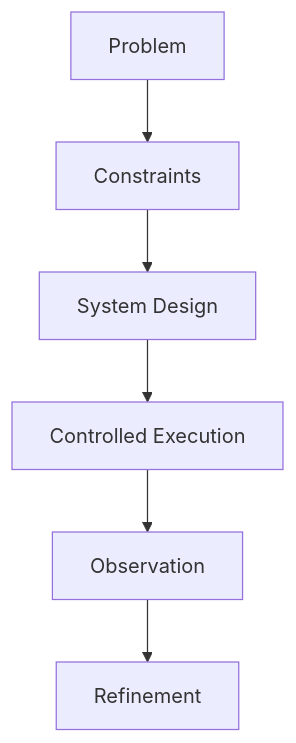
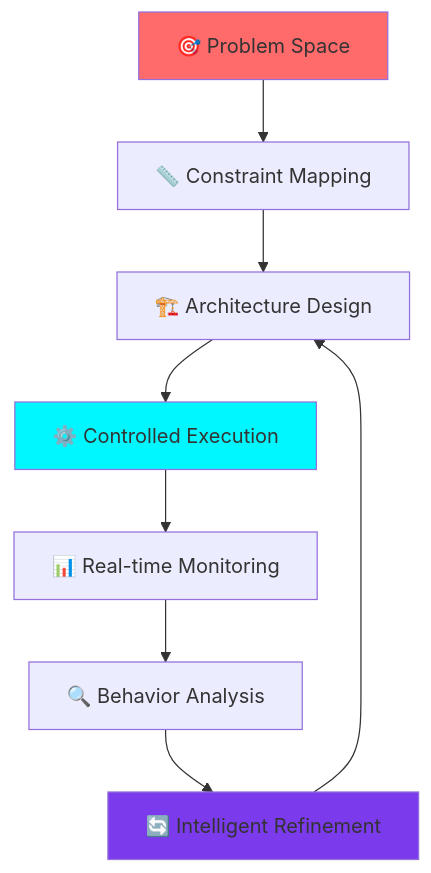
The first of 2 diagrams in README.md (arin-gupta06/arin-gupta06), drawn with Mermaid before and after one commit. The commit also changed other lines of this file, not shown here.

````diff
--- a/README.md
+++ b/README.md
@@ -46,8 +66,14 @@
-```mermaid id="flow-diagram"
+```mermaid
 graph TD
-A[Problem] --> B[Constraints]
-B --> C[System Design]
-C --> D[Controlled Execution]
-D --> E[Observation]
-E --> F[Refinement]
+    A[🎯 Problem Space] --> B[📏 Constraint Mapping]
+    B --> C[🏗️ Architecture Design]
+    C --> D[⚙️ Controlled Execution]
+    D --> E[📊 Real-time Monitoring]
+    E --> F[🔍 Behavior Analysis]
+    F --> G[🔄 Intelligent Refinement]
+    G --> C
+    
+    style A fill:#FF6B6B
+    style D fill:#00F7FF
+    style G fill:#7C3AED
 ```
````
